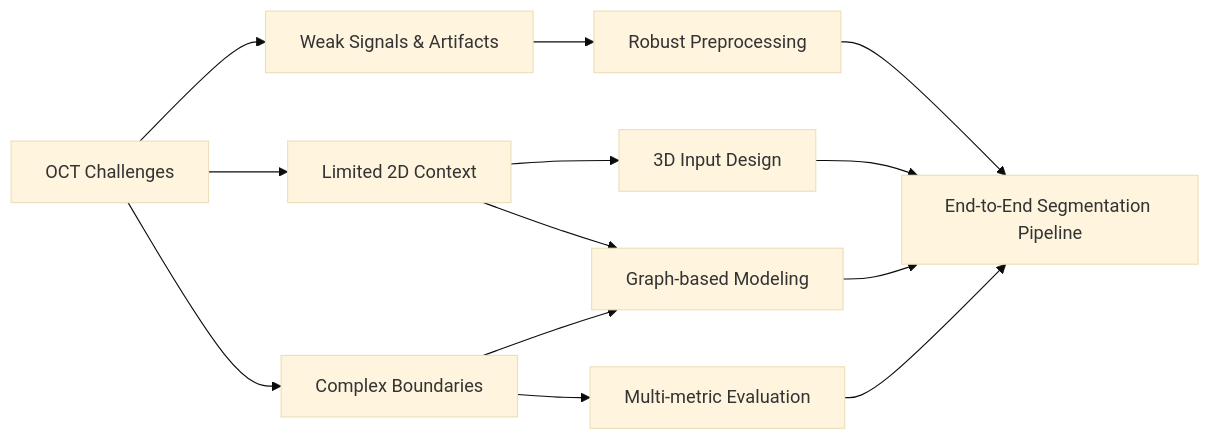
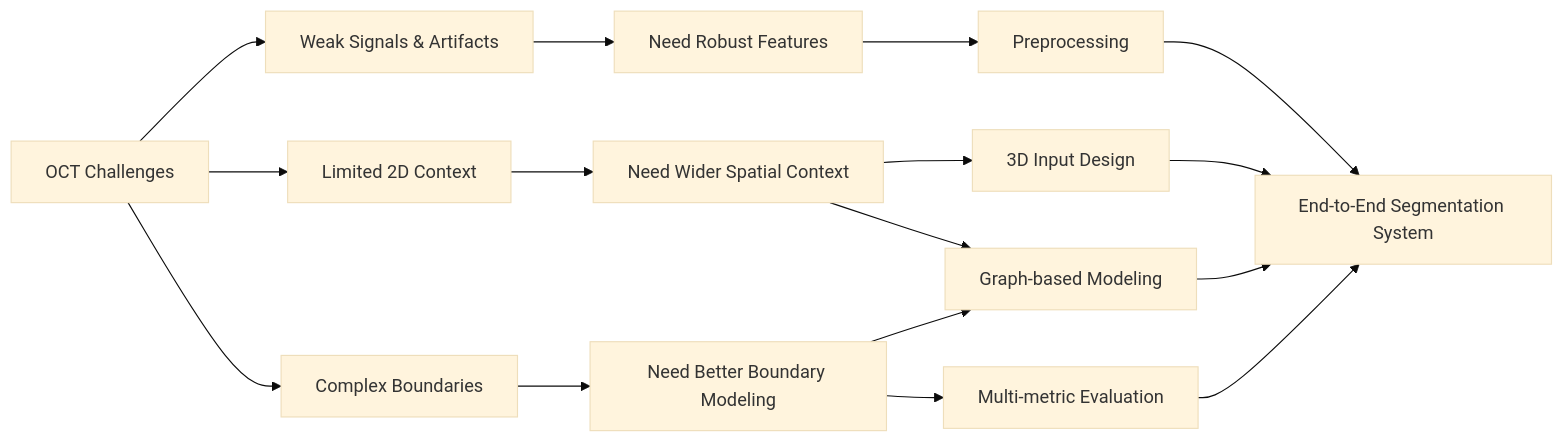
One commit to ChengYuChing/3D-DLimage-segmentation changed the diagram in docs/01_problem.md. Above: the diagram before and after it, drawn with Mermaid (base theme). The commit also changed other lines of this file, not shown here.

````diff
--- a/docs/01_problem.md
+++ b/docs/01_problem.md
@@ -108,17 +83,21 @@
 ```mermaid
 flowchart LR
     A["OCT Challenges"] --> B["Weak Signals & Artifacts"]
     A --> C["Limited 2D Context"]
     A --> D["Complex Boundaries"]
 
-    B --> E["Robust Preprocessing"]
-    C --> F["3D Input Design"]
-    C --> G["Graph-based Modeling"]
-    D --> G
-    D --> H["Multi-metric Evaluation"]
+    B --> E["Need Robust Features"]
+    C --> F["Need Wider Spatial Context"]
+    D --> G["Need Better Boundary Modeling"]
 
-    E --> I["End-to-End Segmentation Pipeline"]
-    F --> I
-    G --> I
-    H --> I
+    E --> H["Preprocessing"]
+    F --> I["3D Input Design"]
+    F --> J["Graph-based Modeling"]
+    G --> J
+    G --> K["Multi-metric Evaluation"]
+
+    H --> L["End-to-End Segmentation System"]
+    I --> L
+    J --> L
+    K --> L
 ```
````
